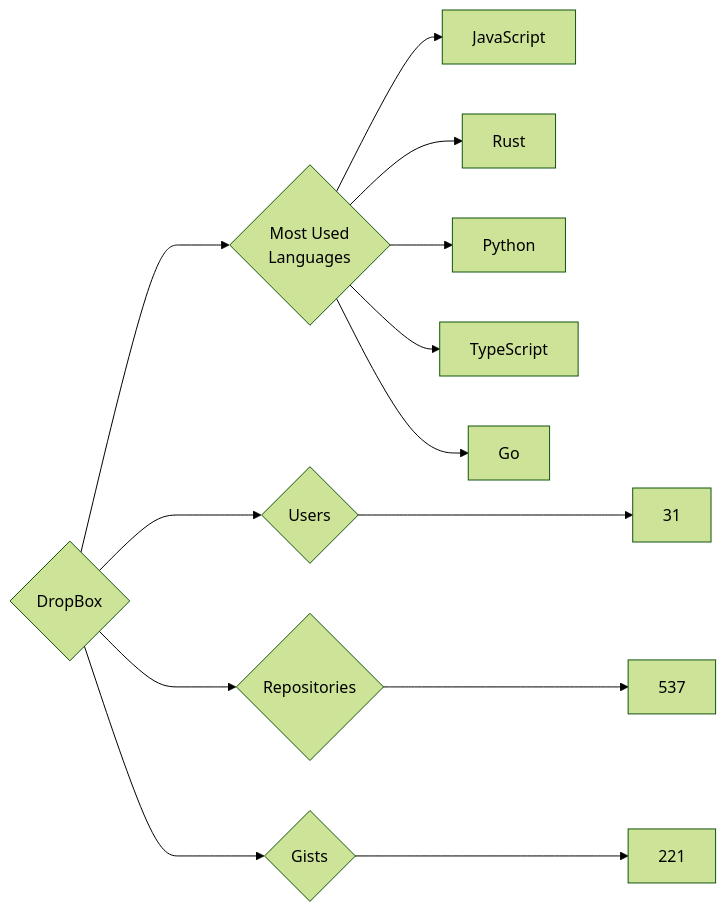
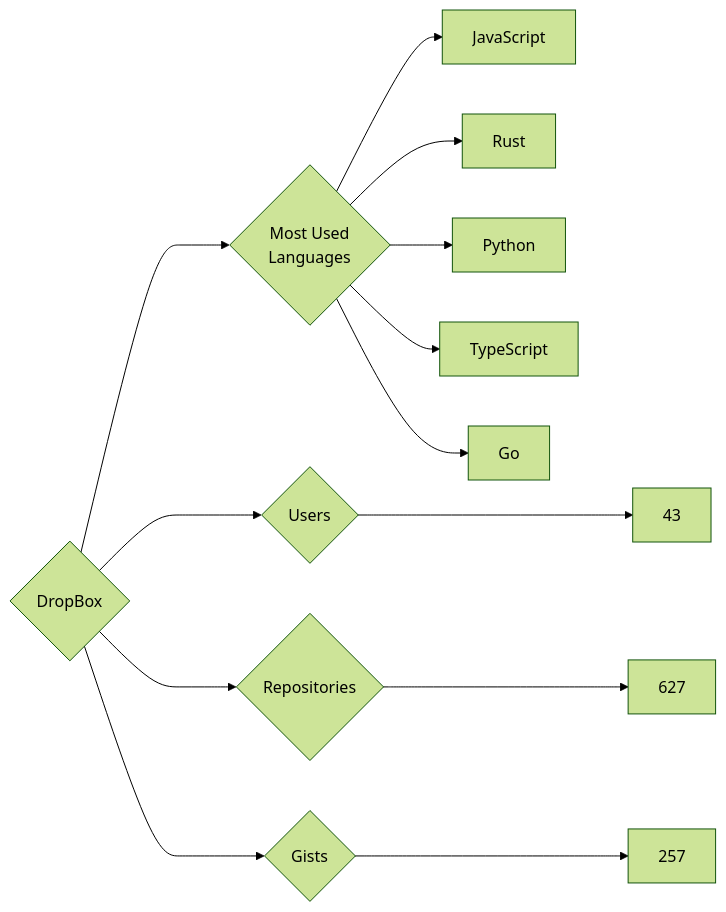
The diagram in targets/DropBox/README.md (trickest/insiders), drawn with Mermaid (forest theme) before and after one commit. The commit also changed 965 other files, not shown here.

````diff
--- a/targets/DropBox/README.md
+++ b/targets/DropBox/README.md
@@ -3,13 +3,13 @@
 ```mermaid
 graph LR
 COMPANY_NAME{DropBox}
-COMPANY_NAME ---> U{Users} ---> UN[31]
-COMPANY_NAME ---> R{Repositories} ---> RN[537]
-COMPANY_NAME ---> G{Gists} ---> GN[221]
+COMPANY_NAME ---> U{Users} ---> UN[43]
+COMPANY_NAME ---> R{Repositories} ---> RN[627]
+COMPANY_NAME ---> G{Gists} ---> GN[257]
 COMPANY_NAME ---> ML{Most Used<br>Languages}
 ML --> JavaScript[JavaScript]
 ML --> Rust[Rust]
 ML --> Python[Python]
 ML --> TypeScript[TypeScript]
 ML --> Go[Go]
 ```
````
